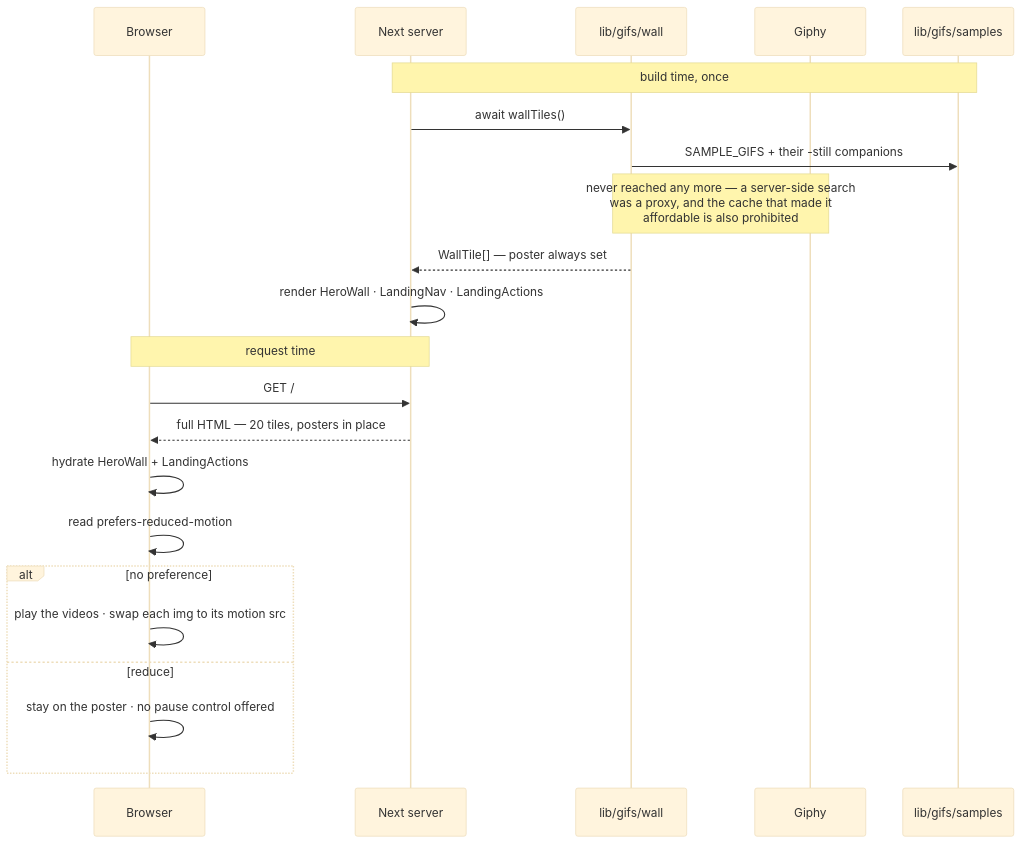
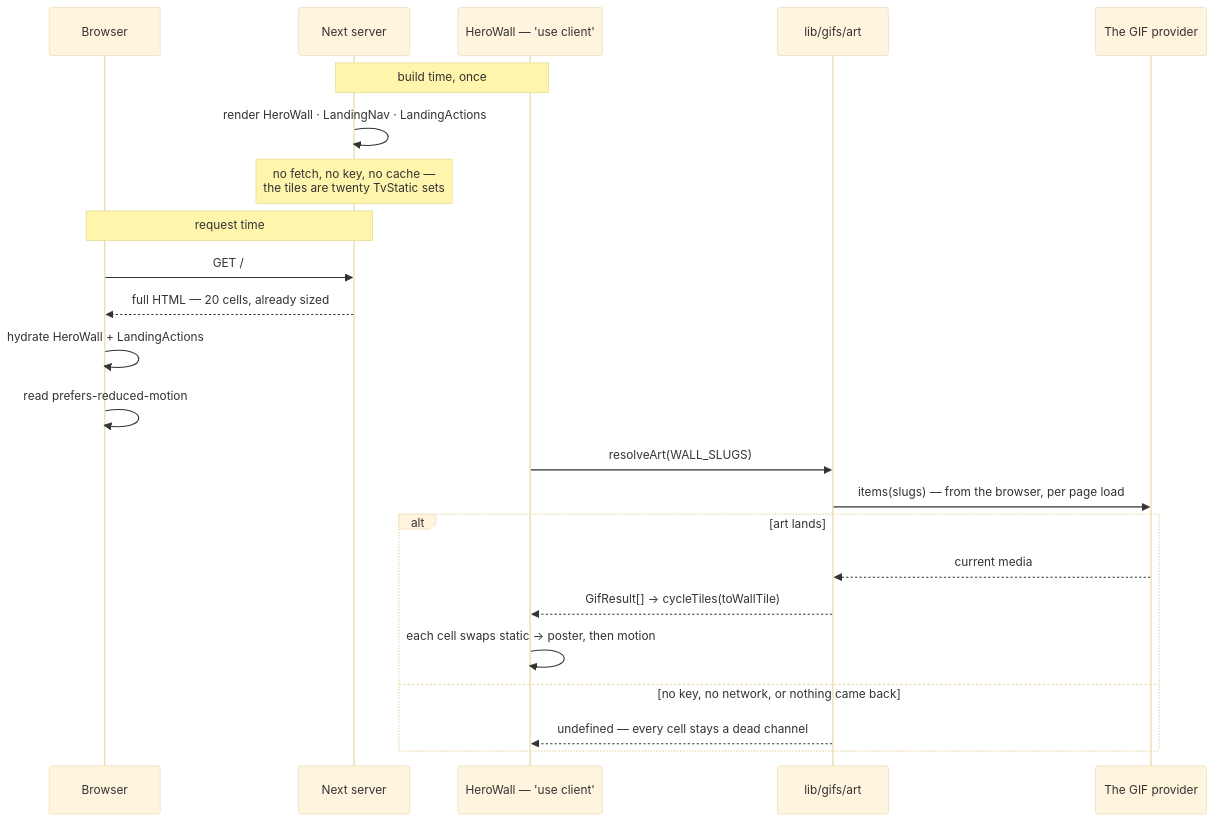
One commit to Jmeza081/captionist changed the tenth of 12 diagrams in docs/architecture.md. Above: the diagram before and after it, drawn with Mermaid (base theme). The commit also changed other lines of this file and 43 other files, not shown here.

````diff
--- a/docs/architecture.md
+++ b/docs/architecture.md
@@ -2307,26 +2378,27 @@
 ```mermaid
 sequenceDiagram
   participant B as Browser
   participant N as Next server
-  participant W as lib/gifs/wall
-  participant G as Giphy
-  participant P as lib/gifs/samples
+  participant H as HeroWall — 'use client'
+  participant A as lib/gifs/art
+  participant G as The GIF provider
 
-  Note over N,P: build time, once
-  N->>W: await wallTiles()
-  W->>P: SAMPLE_GIFS + their -still companions
-  Note over W,G: never reached any more — a server-side search<br/>was a proxy, and the cache that made it<br/>affordable is also prohibited
-  W-->>N: WallTile[] — poster always set
+  Note over N,H: build time, once
   N->>N: render HeroWall · LandingNav · LandingActions
+  Note over N: no fetch, no key, no cache —<br/>the tiles are twenty TvStatic sets
 
   Note over B,N: request time
   B->>N: GET /
-  N-->>B: full HTML — 20 tiles, posters in place
+  N-->>B: full HTML — 20 cells, already sized
   B->>B: hydrate HeroWall + LandingActions
   B->>B: read prefers-reduced-motion
-  alt no preference
-    B->>B: play the videos · swap each img to its motion src
-  else reduce
-    B->>B: stay on the poster · no pause control offered
+  H->>A: resolveArt(WALL_SLUGS)
+  A->>G: items(slugs) — from the browser, per page load
+  alt art lands
+    G-->>A: current media
+    A-->>H: GifResult[] → cycleTiles(toWallTile)
+    H->>H: each cell swaps static → poster, then motion
+  else no key, no network, or nothing came back
+    A-->>H: undefined — every cell stays a dead channel
   end
 ```
````
